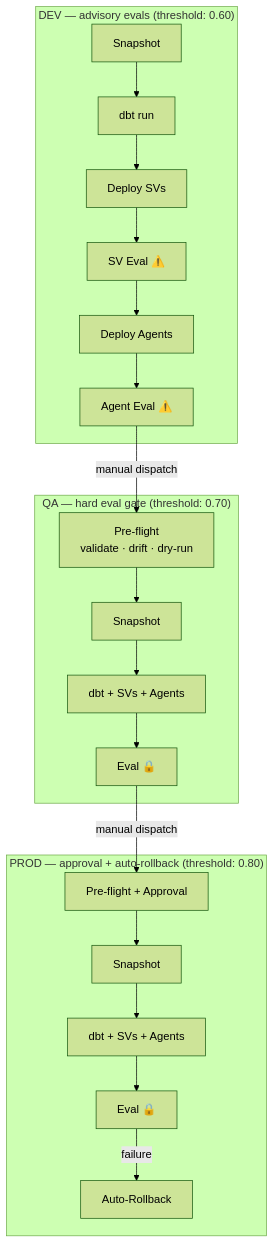
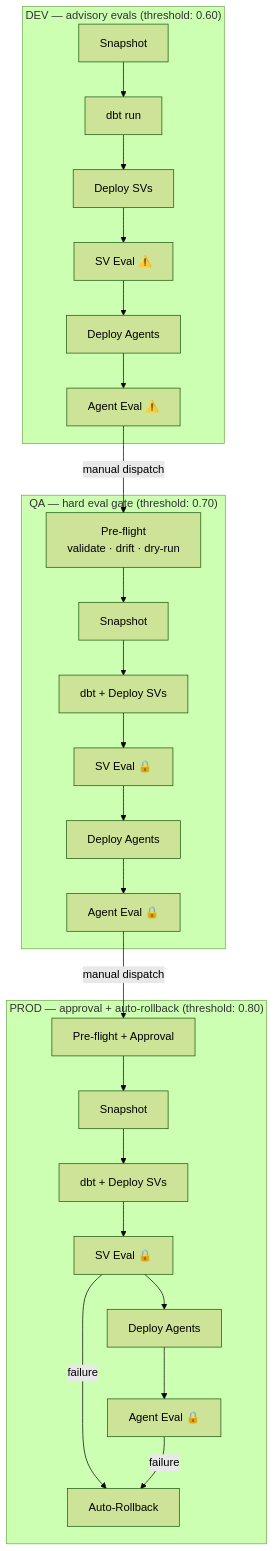
The third of 3 diagrams in README.md (Jeremy-Demlow/AgentMangement), drawn with Mermaid (forest theme) before and after one commit. The commit also changed other lines of this file and 39 other files, not shown here.

First line of the commit message:
feat: add SV eval gate to all CI/CD workflows with config-driven agent scoping

````diff
--- a/README.md
+++ b/README.md
@@ -243,21 +243,24 @@
 ```mermaid
 flowchart TD
     subgraph dev ["DEV — advisory evals (threshold: 0.60)"]
         D1["Snapshot"] --> D2["dbt run"] --> D3["Deploy SVs"]
         D3 --> D4["SV Eval ⚠️"] --> D5["Deploy Agents"] --> D6["Agent Eval ⚠️"]
     end
 
     subgraph qa ["QA — hard eval gate (threshold: 0.70)"]
         Q1["Pre-flight\nvalidate · drift · dry-run"] --> Q2["Snapshot"]
-        Q2 --> Q3["dbt + SVs + Agents"] --> Q4["Eval 🔒"]
+        Q2 --> Q3["dbt + Deploy SVs"] --> Q4["SV Eval 🔒"]
+        Q4 --> Q5["Deploy Agents"] --> Q6["Agent Eval 🔒"]
     end
 
     subgraph prod ["PROD — approval + auto-rollback (threshold: 0.80)"]
         P1["Pre-flight + Approval"] --> P2["Snapshot"]
-        P2 --> P3["dbt + SVs + Agents"] --> P4["Eval 🔒"]
-        P4 -->|failure| P5["Auto-Rollback"]
+        P2 --> P3["dbt + Deploy SVs"] --> P4["SV Eval 🔒"]
+        P4 --> P5["Deploy Agents"] --> P6["Agent Eval 🔒"]
+        P4 -->|failure| P7["Auto-Rollback"]
+        P6 -->|failure| P7
     end
 
     D6 -->|"manual dispatch"| Q1
-    Q4 -->|"manual dispatch"| P1
+    Q6 -->|"manual dispatch"| P1
 ```
````
